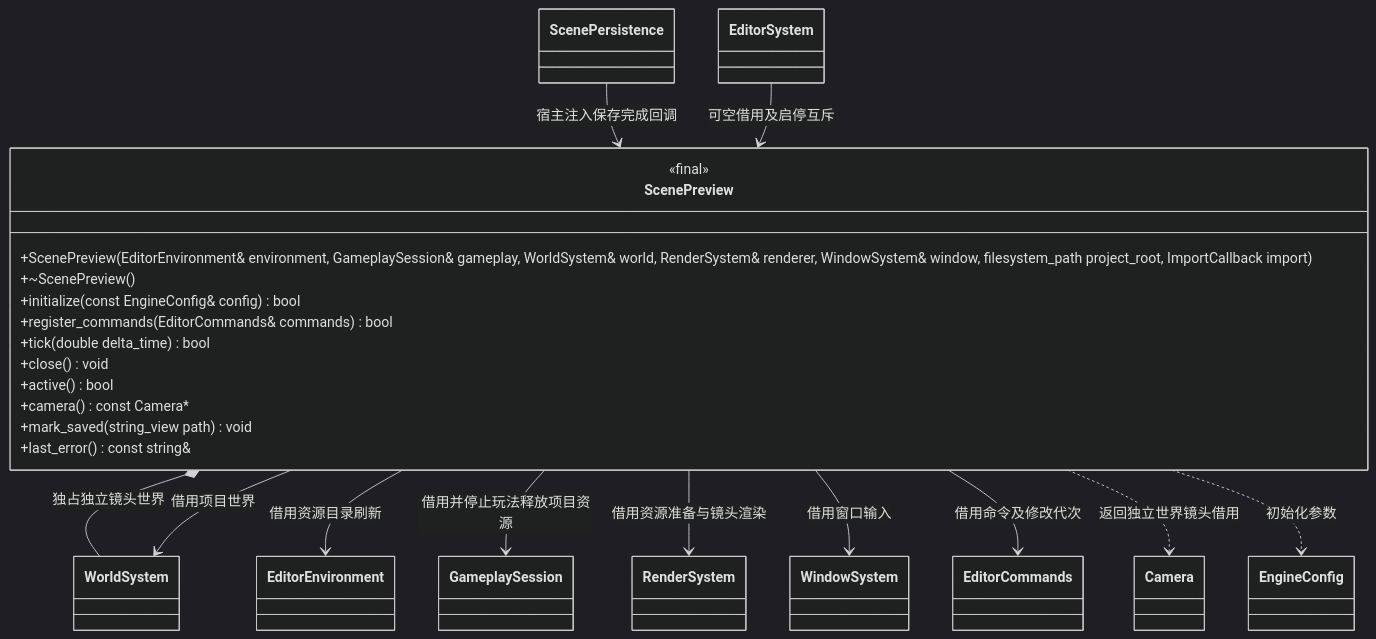
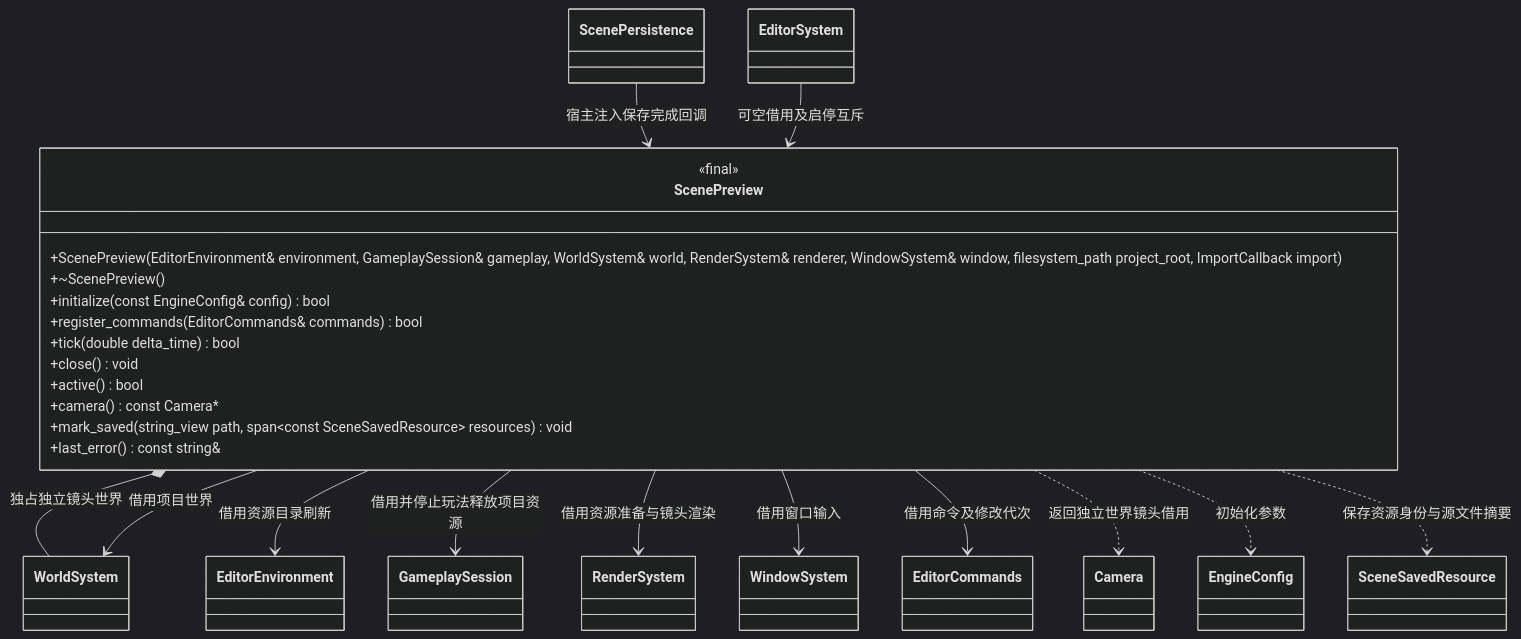
Before and after one commit to lcals/Engine: the diagram in docs/editor/class-diagrams/scene-preview.md, drawn with Mermaid (dark theme). The commit also changed other lines of this file and 78 other files, not shown here.

````diff
--- a/docs/editor/class-diagrams/scene-preview.md
+++ b/docs/editor/class-diagrams/scene-preview.md
@@ -7,37 +7,39 @@
 ```mermaid
 classDiagram
     class ScenePreview {
         <<final>>
         +ScenePreview(EditorEnvironment& environment, GameplaySession& gameplay, WorldSystem& world, RenderSystem& renderer, WindowSystem& window, filesystem_path project_root, ImportCallback import)
         +~ScenePreview()
         +initialize(const EngineConfig& config) bool
         +register_commands(EditorCommands& commands) bool
         +tick(double delta_time) bool
         +close() void
         +active() bool
         +camera() const Camera#42;
-        +mark_saved(string_view path) void
+        +mark_saved(string_view path, span~const SceneSavedResource~ resources) void
         +last_error() const string&
     }
     class WorldSystem
     class EditorEnvironment
     class GameplaySession
     class RenderSystem
     class WindowSystem
     class EditorCommands
     class Camera
     class EngineConfig
     class ScenePersistence
+    class SceneSavedResource
     class EditorSystem
     ScenePreview *-- WorldSystem : 独占独立镜头世界
     ScenePreview --> WorldSystem : 借用项目世界
     ScenePreview --> EditorEnvironment : 借用资源目录刷新
     ScenePreview --> GameplaySession : 借用并停止玩法释放项目资源
     ScenePreview --> RenderSystem : 借用资源准备与镜头渲染
     ScenePreview --> WindowSystem : 借用窗口输入
     ScenePreview --> EditorCommands : 借用命令及修改代次
     ScenePreview ..> Camera : 返回独立世界镜头借用
     ScenePreview ..> EngineConfig : 初始化参数
     ScenePersistence --> ScenePreview : 宿主注入保存完成回调
+    ScenePreview ..> SceneSavedResource : 保存资源身份与源文件摘要
     EditorSystem --> ScenePreview : 可空借用及启停互斥
 ```
````
